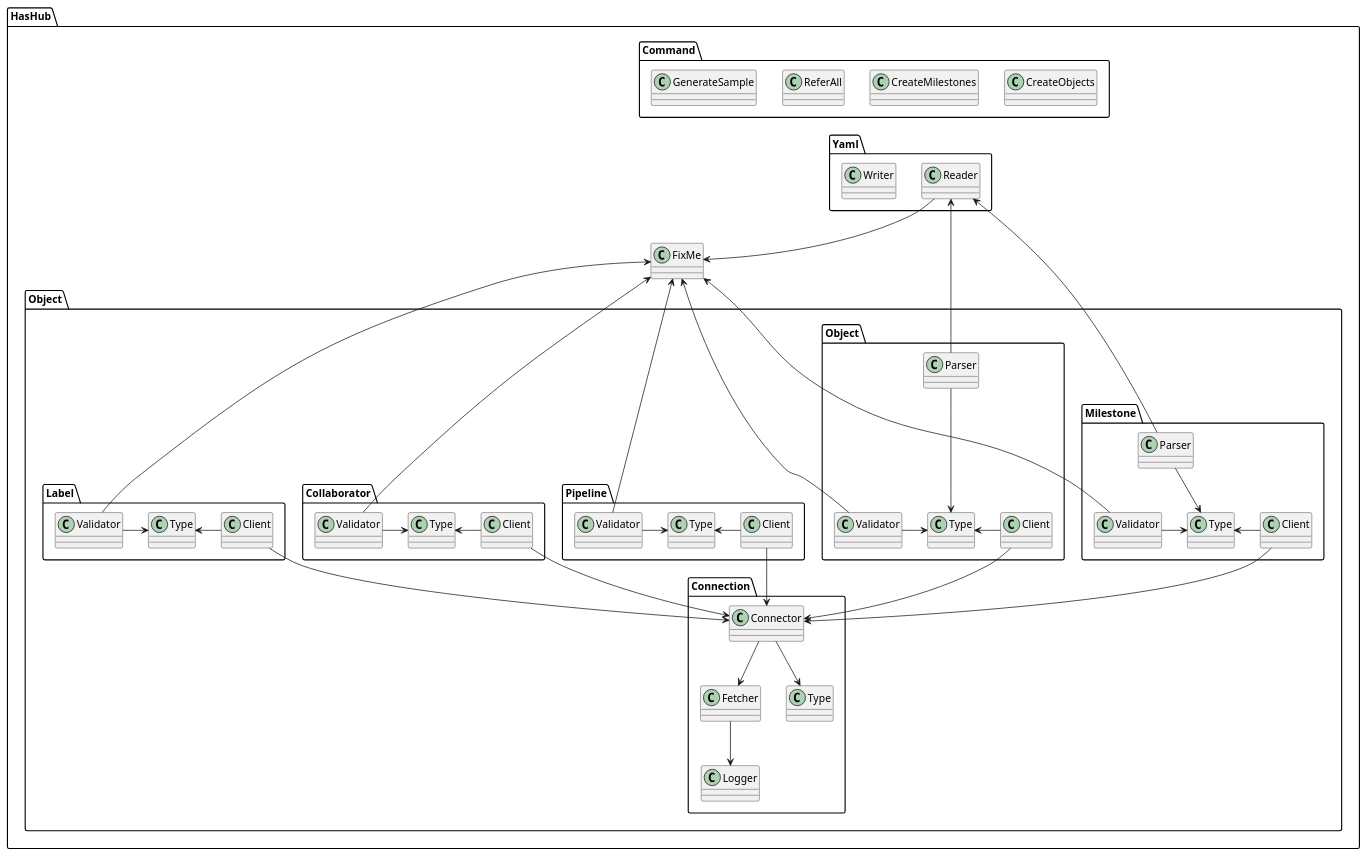
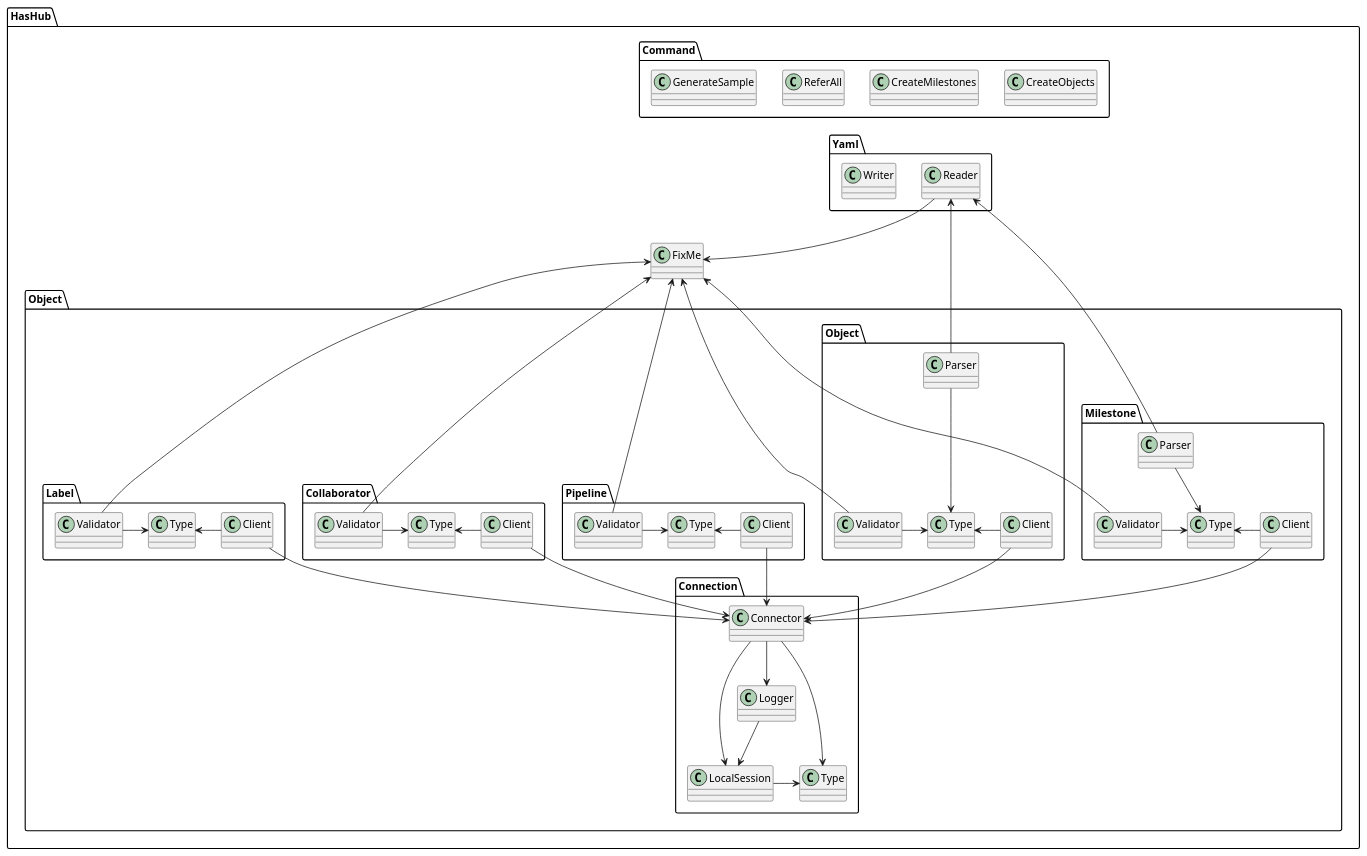
The diagram in doc/system/module.puml (suzuki-hoge/has-hub), drawn with PlantUML before and after one commit. The commit also changed 5 other files, not shown here.

```diff
--- a/doc/system/module.puml
+++ b/doc/system/module.puml
@@ -1,89 +1,91 @@
 @startuml
 
 namespace HasHub {
   namespace Command {
     class CreateObjects
     class CreateMilestones
     class ReferAll
     class GenerateSample
   }
   namespace Object {
     namespace Connection {
       class Connector
-      class Fetcher
+      class LocalSession
       class Type
       class Logger
-      Connector -d-> Fetcher
-      Connector -d-> Type
-      Fetcher -d-> Logger
+      Connector --> Type
+      Connector --> Logger
+      Logger --> LocalSession
+      Connector --> LocalSession
+      LocalSession -r-> Type
     }
     namespace Object {
       class Validator
       class Client
       class Type
       class Parser
       Validator -r-> Type
       Client -l-> Type
       Parser -d--> Type
     }
     namespace Milestone {
       class Validator
       class Client
       class Type
       class Parser
       Validator -r-> Type
       Client -l-> Type
       Parser -d-> Type
     }
     namespace Label {
       class Validator
       class Client
       class Type
       Validator -r-> Type
       Client -l-> Type
     }
     namespace Collaborator {
       class Validator
       class Client
       class Type
       Validator -r-> Type
       Client -l-> Type
     }
     namespace Pipeline {
       class Validator
       class Client
       class Type
       Validator -r-> Type
       Client -l-> Type
     }
   }
   class FixMe
   namespace Yaml {
     class Reader
     class Writer
   }
 }
 
 HasHub.Object.Object.Client -d-> HasHub.Object.Connection.Connector
 HasHub.Object.Milestone.Client -d-> HasHub.Object.Connection.Connector
 HasHub.Object.Label.Client -d-> HasHub.Object.Connection.Connector
 HasHub.Object.Collaborator.Client -d-> HasHub.Object.Connection.Connector
 HasHub.Object.Pipeline.Client -d-> HasHub.Object.Connection.Connector
 
 HasHub.Object.Object.Validator -u> HasHub.FixMe
 HasHub.Object.Milestone.Validator -u-> HasHub.FixMe
 HasHub.Object.Label.Validator -u-> HasHub.FixMe
 HasHub.Object.Collaborator.Validator -u---> HasHub.FixMe
 HasHub.Object.Pipeline.Validator -u-> HasHub.FixMe
 
 HasHub.Object.Object.Parser -u> HasHub.Yaml.Reader
 HasHub.Object.Milestone.Parser -u---> HasHub.Yaml.Reader
 
 HasHub.Yaml.Reader -d-> HasHub.FixMe
 
 HasHub.Command.CreateObjects -[hidden]d-> HasHub.Yaml.Writer
 HasHub.Command.CreateMilestones -[hidden]d-> HasHub.Yaml.Writer
 HasHub.Command.ReferAll -[hidden]d-> HasHub.Yaml.Writer
 HasHub.Command.GenerateSample -[hidden]d-> HasHub.Yaml.Writer
 
 @enduml
```
